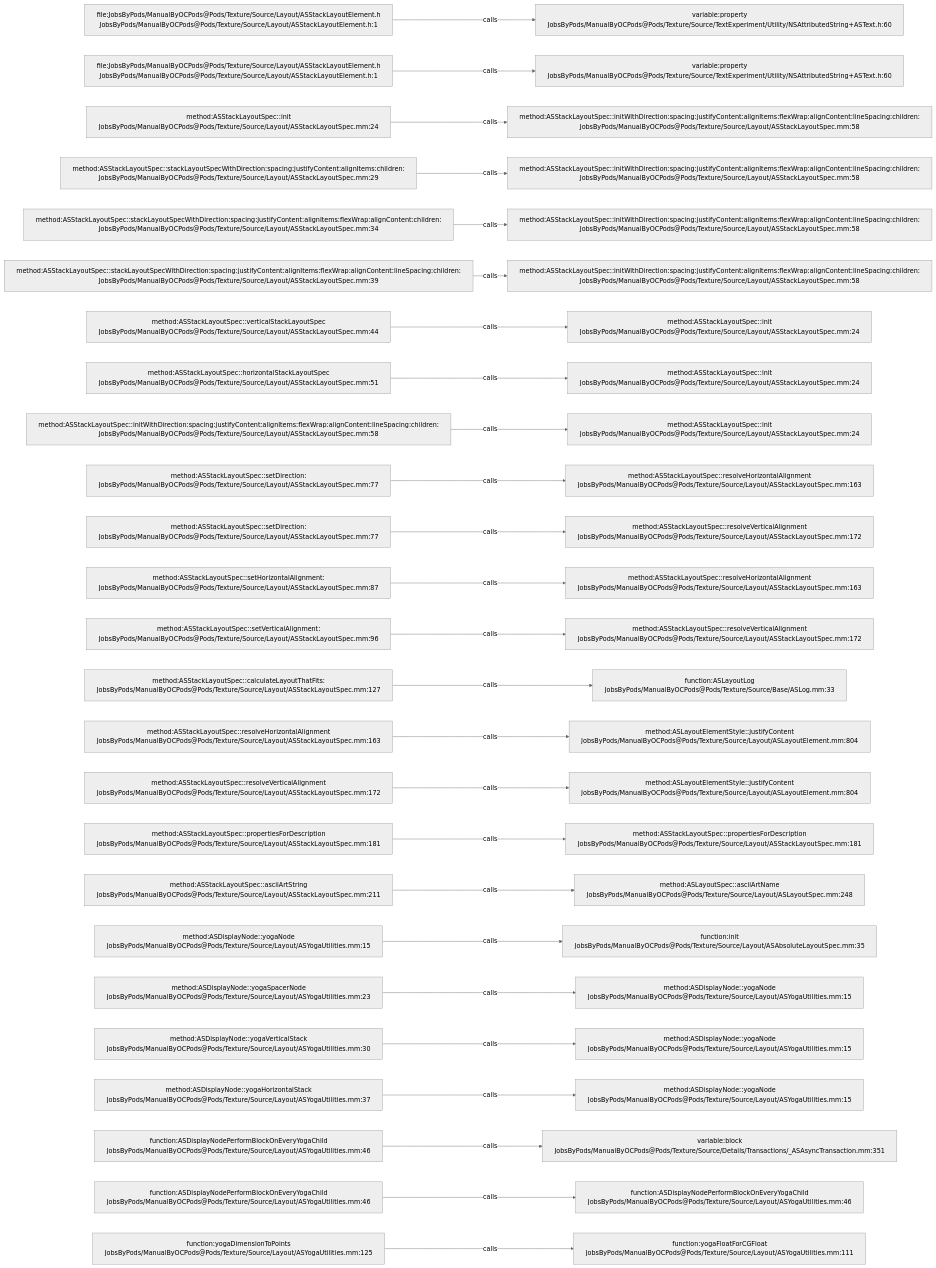
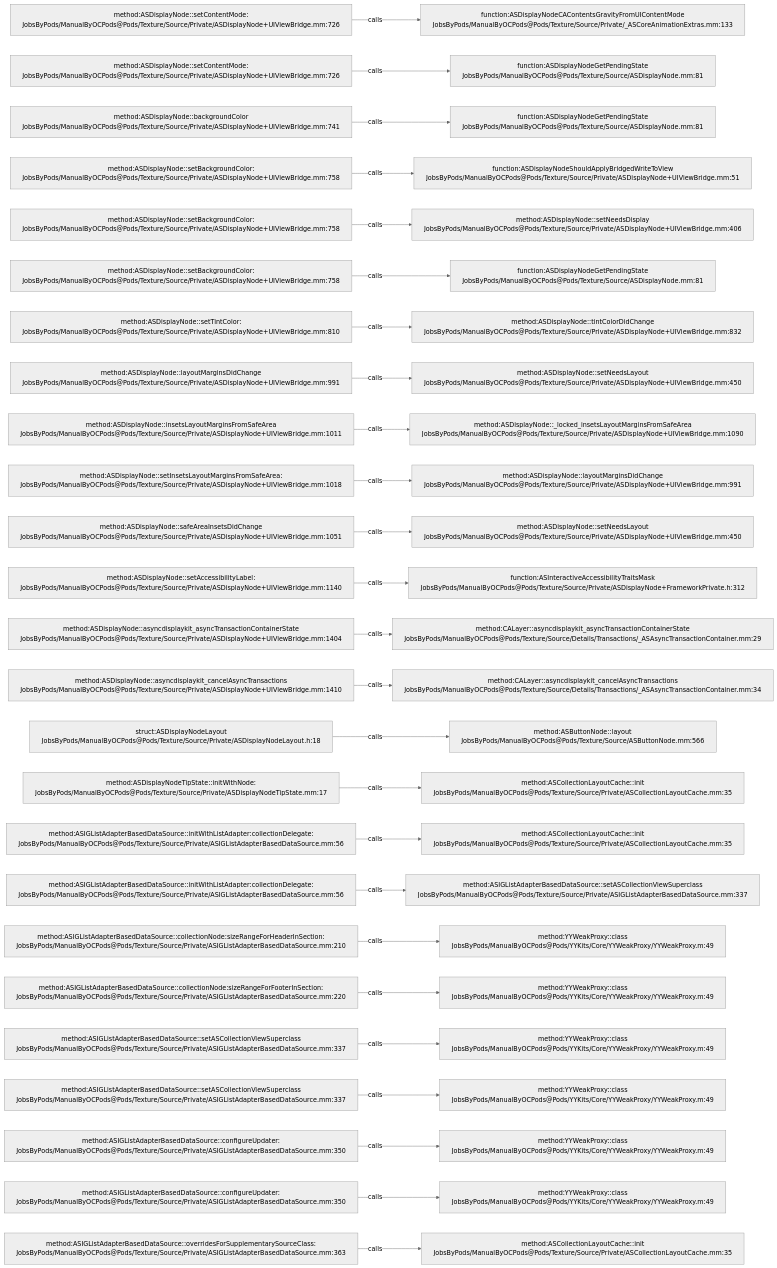
The diagram in .codegraph/codegraph.md/graphs/calls-191.md (JobsKits/JobsOCBaseConfigDemo), drawn with Mermaid (neutral theme) before and after one commit. The commit also changed 1223 other files, not shown here.

````diff
--- a/.codegraph/codegraph.md/graphs/calls-191.md
+++ b/.codegraph/codegraph.md/graphs/calls-191.md
@@ -13,78 +13,78 @@
 ```mermaid
 flowchart LR
-  S1["file:JobsByPods/ManualByOCPods@Pods/Texture/Source/Layout/ASStackLayoutElement.h<br/>JobsByPods/ManualByOCPods@Pods/Texture/Source/Layout/ASStackLayoutElement.h:1"]
-  T1["variable:property<br/>JobsByPods/ManualByOCPods@Pods/Texture/Source/TextExperiment/Utility/NSAttributedString+ASText.h:60"]
+  S1["method:ASDisplayNode::setContentMode:<br/>JobsByPods/ManualByOCPods@Pods/Texture/Source/Private/ASDisplayNode+UIViewBridge.mm:726"]
+  T1["function:ASDisplayNodeCAContentsGravityFromUIContentMode<br/>JobsByPods/ManualByOCPods@Pods/Texture/Source/Private/_ASCoreAnimationExtras.mm:133"]
   S1 -->|calls| T1
-  S2["file:JobsByPods/ManualByOCPods@Pods/Texture/Source/Layout/ASStackLayoutElement.h<br/>JobsByPods/ManualByOCPods@Pods/Texture/Source/Layout/ASStackLayoutElement.h:1"]
-  T2["variable:property<br/>JobsByPods/ManualByOCPods@Pods/Texture/Source/TextExperiment/Utility/NSAttributedString+ASText.h:60"]
+  S2["method:ASDisplayNode::setContentMode:<br/>JobsByPods/ManualByOCPods@Pods/Texture/Source/Private/ASDisplayNode+UIViewBridge.mm:726"]
+  T2["function:ASDisplayNodeGetPendingState<br/>JobsByPods/ManualByOCPods@Pods/Texture/Source/ASDisplayNode.mm:81"]
   S2 -->|calls| T2
-  S3["method:ASStackLayoutSpec::init<br/>JobsByPods/ManualByOCPods@Pods/Texture/Source/Layout/ASStackLayoutSpec.mm:24"]
-  T3["method:ASStackLayoutSpec::initWithDirection:spacing:justifyContent:alignItems:flexWrap:alignContent:lineSpacing:children:<br/>JobsByPods/ManualByOCPods@Pods/Texture/Source/Layout/ASStackLayoutSpec.mm:58"]
+  S3["method:ASDisplayNode::backgroundColor<br/>JobsByPods/ManualByOCPods@Pods/Texture/Source/Private/ASDisplayNode+UIViewBridge.mm:741"]
+  T3["function:ASDisplayNodeGetPendingState<br/>JobsByPods/ManualByOCPods@Pods/Texture/Source/ASDisplayNode.mm:81"]
   S3 -->|calls| T3
-  S4["method:ASStackLayoutSpec::stackLayoutSpecWithDirection:spacing:justifyContent:alignItems:children:<br/>JobsByPods/ManualByOCPods@Pods/Texture/Source/Layout/ASStackLayoutSpec.mm:29"]
-  T4["method:ASStackLayoutSpec::initWithDirection:spacing:justifyContent:alignItems:flexWrap:alignContent:lineSpacing:children:<br/>JobsByPods/ManualByOCPods@Pods/Texture/Source/Layout/ASStackLayoutSpec.mm:58"]
+  S4["method:ASDisplayNode::setBackgroundColor:<br/>JobsByPods/ManualByOCPods@Pods/Texture/Source/Private/ASDisplayNode+UIViewBridge.mm:758"]
+  T4["function:ASDisplayNodeShouldApplyBridgedWriteToView<br/>JobsByPods/ManualByOCPods@Pods/Texture/Source/Private/ASDisplayNode+UIViewBridge.mm:51"]
   S4 -->|calls| T4
-  S5["method:ASStackLayoutSpec::stackLayoutSpecWithDirection:spacing:justifyContent:alignItems:flexWrap:alignContent:children:<br/>JobsByPods/ManualByOCPods@Pods/Texture/Source/Layout/ASStackLayoutSpec.mm:34"]
-  T5["method:ASStackLayoutSpec::initWithDirection:spacing:justifyContent:alignItems:flexWrap:alignContent:lineSpacing:children:<br/>JobsByPods/ManualByOCPods@Pods/Texture/Source/Layout/ASStackLayoutSpec.mm:58"]
+  S5["method:ASDisplayNode::setBackgroundColor:<br/>JobsByPods/ManualByOCPods@Pods/Texture/Source/Private/ASDisplayNode+UIViewBridge.mm:758"]
+  T5["method:ASDisplayNode::setNeedsDisplay<br/>JobsByPods/ManualByOCPods@Pods/Texture/Source/Private/ASDisplayNode+UIViewBridge.mm:406"]
   S5 -->|calls| T5
-  S6["method:ASStackLayoutSpec::stackLayoutSpecWithDirection:spacing:justifyContent:alignItems:flexWrap:alignContent:lineSpacing:children:<br/>JobsByPods/ManualByOCPods@Pods/Texture/Source/Layout/ASStackLayoutSpec.mm:39"]
-  T6["method:ASStackLayoutSpec::initWithDirection:spacing:justifyContent:alignItems:flexWrap:alignContent:lineSpacing:children:<br/>JobsByPods/ManualByOCPods@Pods/Texture/Source/Layout/ASStackLayoutSpec.mm:58"]
+  S6["method:ASDisplayNode::setBackgroundColor:<br/>JobsByPods/ManualByOCPods@Pods/Texture/Source/Private/ASDisplayNode+UIViewBridge.mm:758"]
+  T6["function:ASDisplayNodeGetPendingState<br/>JobsByPods/ManualByOCPods@Pods/Texture/Source/ASDisplayNode.mm:81"]
   S6 -->|calls| T6
-  S7["method:ASStackLayoutSpec::verticalStackLayoutSpec<br/>JobsByPods/ManualByOCPods@Pods/Texture/Source/Layout/ASStackLayoutSpec.mm:44"]
-  T7["method:ASStackLayoutSpec::init<br/>JobsByPods/ManualByOCPods@Pods/Texture/Source/Layout/ASStackLayoutSpec.mm:24"]
+  S7["method:ASDisplayNode::setTintColor:<br/>JobsByPods/ManualByOCPods@Pods/Texture/Source/Private/ASDisplayNode+UIViewBridge.mm:810"]
+  T7["method:ASDisplayNode::tintColorDidChange<br/>JobsByPods/ManualByOCPods@Pods/Texture/Source/Private/ASDisplayNode+UIViewBridge.mm:832"]
   S7 -->|calls| T7
-  S8["method:ASStackLayoutSpec::horizontalStackLayoutSpec<br/>JobsByPods/ManualByOCPods@Pods/Texture/Source/Layout/ASStackLayoutSpec.mm:51"]
-  T8["method:ASStackLayoutSpec::init<br/>JobsByPods/ManualByOCPods@Pods/Texture/Source/Layout/ASStackLayoutSpec.mm:24"]
+  S8["method:ASDisplayNode::layoutMarginsDidChange<br/>JobsByPods/ManualByOCPods@Pods/Texture/Source/Private/ASDisplayNode+UIViewBridge.mm:991"]
+  T8["method:ASDisplayNode::setNeedsLayout<br/>JobsByPods/ManualByOCPods@Pods/Texture/Source/Private/ASDisplayNode+UIViewBridge.mm:450"]
   S8 -->|calls| T8
-  S9["method:ASStackLayoutSpec::initWithDirection:spacing:justifyContent:alignItems:flexWrap:alignContent:lineSpacing:children:<br/>JobsByPods/ManualByOCPods@Pods/Texture/Source/Layout/ASStackLayoutSpec.mm:58"]
-  T9["method:ASStackLayoutSpec::init<br/>JobsByPods/ManualByOCPods@Pods/Texture/Source/Layout/ASStackLayoutSpec.mm:24"]
+  S9["method:ASDisplayNode::insetsLayoutMarginsFromSafeArea<br/>JobsByPods/ManualByOCPods@Pods/Texture/Source/Private/ASDisplayNode+UIViewBridge.mm:1011"]
+  T9["method:ASDisplayNode::_locked_insetsLayoutMarginsFromSafeArea<br/>JobsByPods/ManualByOCPods@Pods/Texture/Source/Private/ASDisplayNode+UIViewBridge.mm:1090"]
   S9 -->|calls| T9
-  S10["method:ASStackLayoutSpec::setDirection:<br/>JobsByPods/ManualByOCPods@Pods/Texture/Source/Layout/ASStackLayoutSpec.mm:77"]
-  T10["method:ASStackLayoutSpec::resolveHorizontalAlignment<br/>JobsByPods/ManualByOCPods@Pods/Texture/Source/Layout/ASStackLayoutSpec.mm:163"]
+  S10["method:ASDisplayNode::setInsetsLayoutMarginsFromSafeArea:<br/>JobsByPods/ManualByOCPods@Pods/Texture/Source/Private/ASDisplayNode+UIViewBridge.mm:1018"]
+  T10["method:ASDisplayNode::layoutMarginsDidChange<br/>JobsByPods/ManualByOCPods@Pods/Texture/Source/Private/ASDisplayNode+UIViewBridge.mm:991"]
   S10 -->|calls| T10
-  S11["method:ASStackLayoutSpec::setDirection:<br/>JobsByPods/ManualByOCPods@Pods/Texture/Source/Layout/ASStackLayoutSpec.mm:77"]
-  T11["method:ASStackLayoutSpec::resolveVerticalAlignment<br/>JobsByPods/ManualByOCPods@Pods/Texture/Source/Layout/ASStackLayoutSpec.mm:172"]
+  S11["method:ASDisplayNode::safeAreaInsetsDidChange<br/>JobsByPods/ManualByOCPods@Pods/Texture/Source/Private/ASDisplayNode+UIViewBridge.mm:1051"]
+  T11["method:ASDisplayNode::setNeedsLayout<br/>JobsByPods/ManualByOCPods@Pods/Texture/Source/Private/ASDisplayNode+UIViewBridge.mm:450"]
   S11 -->|calls| T11
-  S12["method:ASStackLayoutSpec::setHorizontalAlignment:<br/>JobsByPods/ManualByOCPods@Pods/Texture/Source/Layout/ASStackLayoutSpec.mm:87"]
-  T12["method:ASStackLayoutSpec::resolveHorizontalAlignment<br/>JobsByPods/ManualByOCPods@Pods/Texture/Source/Layout/ASStackLayoutSpec.mm:163"]
+  S12["method:ASDisplayNode::setAccessibilityLabel:<br/>JobsByPods/ManualByOCPods@Pods/Texture/Source/Private/ASDisplayNode+UIViewBridge.mm:1140"]
+  T12["function:ASInteractiveAccessibilityTraitsMask<br/>JobsByPods/ManualByOCPods@Pods/Texture/Source/Private/ASDisplayNode+FrameworkPrivate.h:312"]
   S12 -->|calls| T12
-  S13["method:ASStackLayoutSpec::setVerticalAlignment:<br/>JobsByPods/ManualByOCPods@Pods/Texture/Source/Layout/ASStackLayoutSpec.mm:96"]
-  T13["method:ASStackLayoutSpec::resolveVerticalAlignment<br/>JobsByPods/ManualByOCPods@Pods/Texture/Source/Layout/ASStackLayoutSpec.mm:172"]
+  S13["method:ASDisplayNode::asyncdisplaykit_asyncTransactionContainerState<br/>JobsByPods/ManualByOCPods@Pods/Texture/Source/Private/ASDisplayNode+UIViewBridge.mm:1404"]
+  T13["method:CALayer::asyncdisplaykit_asyncTransactionContainerState<br/>JobsByPods/ManualByOCPods@Pods/Texture/Source/Details/Transactions/_ASAsyncTransactionContainer.mm:29"]
   S13 -->|calls| T13
-  S14["method:ASStackLayoutSpec::calculateLayoutThatFits:<br/>JobsByPods/ManualByOCPods@Pods/Texture/Source/Layout/ASStackLayoutSpec.mm:127"]
-  T14["function:ASLayoutLog<br/>JobsByPods/ManualByOCPods@Pods/Texture/Source/Base/ASLog.mm:33"]
+  S14["method:ASDisplayNode::asyncdisplaykit_cancelAsyncTransactions<br/>JobsByPods/ManualByOCPods@Pods/Texture/Source/Private/ASDisplayNode+UIViewBridge.mm:1410"]
+  T14["method:CALayer::asyncdisplaykit_cancelAsyncTransactions<br/>JobsByPods/ManualByOCPods@Pods/Texture/Source/Details/Transactions/_ASAsyncTransactionContainer.mm:34"]
   S14 -->|calls| T14
-  S15["method:ASStackLayoutSpec::resolveHorizontalAlignment<br/>JobsByPods/ManualByOCPods@Pods/Texture/Source/Layout/ASStackLayoutSpec.mm:163"]
-  T15["method:ASLayoutElementStyle::justifyContent<br/>JobsByPods/ManualByOCPods@Pods/Texture/Source/Layout/ASLayoutElement.mm:804"]
+  S15["struct:ASDisplayNodeLayout<br/>JobsByPods/ManualByOCPods@Pods/Texture/Source/Private/ASDisplayNodeLayout.h:18"]
+  T15["method:ASButtonNode::layout<br/>JobsByPods/ManualByOCPods@Pods/Texture/Source/ASButtonNode.mm:566"]
   S15 -->|calls| T15
-  S16["method:ASStackLayoutSpec::resolveVerticalAlignment<br/>JobsByPods/ManualByOCPods@Pods/Texture/Source/Layout/ASStackLayoutSpec.mm:172"]
-  T16["method:ASLayoutElementStyle::justifyContent<br/>JobsByPods/ManualByOCPods@Pods/Texture/Source/Layout/ASLayoutElement.mm:804"]
+  S16["method:ASDisplayNodeTipState::initWithNode:<br/>JobsByPods/ManualByOCPods@Pods/Texture/Source/Private/ASDisplayNodeTipState.mm:17"]
+  T16["method:ASCollectionLayoutCache::init<br/>JobsByPods/ManualByOCPods@Pods/Texture/Source/Private/ASCollectionLayoutCache.mm:35"]
   S16 -->|calls| T16
-  S17["method:ASStackLayoutSpec::propertiesForDescription<br/>JobsByPods/ManualByOCPods@Pods/Texture/Source/Layout/ASStackLayoutSpec.mm:181"]
-  T17["method:ASStackLayoutSpec::propertiesForDescription<br/>JobsByPods/ManualByOCPods@Pods/Texture/Source/Layout/ASStackLayoutSpec.mm:181"]
+  S17["method:ASIGListAdapterBasedDataSource::initWithListAdapter:collectionDelegate:<br/>JobsByPods/ManualByOCPods@Pods/Texture/Source/Private/ASIGListAdapterBasedDataSource.mm:56"]
+  T17["method:ASCollectionLayoutCache::init<br/>JobsByPods/ManualByOCPods@Pods/Texture/Source/Private/ASCollectionLayoutCache.mm:35"]
   S17 -->|calls| T17
-  S18["method:ASStackLayoutSpec::asciiArtString<br/>JobsByPods/ManualByOCPods@Pods/Texture/Source/Layout/ASStackLayoutSpec.mm:211"]
-  T18["method:ASLayoutSpec::asciiArtName<br/>JobsByPods/ManualByOCPods@Pods/Texture/Source/Layout/ASLayoutSpec.mm:248"]
+  S18["method:ASIGListAdapterBasedDataSource::initWithListAdapter:collectionDelegate:<br/>JobsByPods/ManualByOCPods@Pods/Texture/Source/Private/ASIGListAdapterBasedDataSource.mm:56"]
+  T18["method:ASIGListAdapterBasedDataSource::setASCollectionViewSuperclass<br/>JobsByPods/ManualByOCPods@Pods/Texture/Source/Private/ASIGListAdapterBasedDataSource.mm:337"]
   S18 -->|calls| T18
-  S19["method:ASDisplayNode::yogaNode<br/>JobsByPods/ManualByOCPods@Pods/Texture/Source/Layout/ASYogaUtilities.mm:15"]
-  T19["function:init<br/>JobsByPods/ManualByOCPods@Pods/Texture/Source/Layout/ASAbsoluteLayoutSpec.mm:35"]
+  S19["method:ASIGListAdapterBasedDataSource::collectionNode:sizeRangeForHeaderInSection:<br/>JobsByPods/ManualByOCPods@Pods/Texture/Source/Private/ASIGListAdapterBasedDataSource.mm:210"]
+  T19["method:YYWeakProxy::class<br/>JobsByPods/ManualByOCPods@Pods/YYKits/Core/YYWeakProxy/YYWeakProxy.m:49"]
   S19 -->|calls| T19
-  S20["method:ASDisplayNode::yogaSpacerNode<br/>JobsByPods/ManualByOCPods@Pods/Texture/Source/Layout/ASYogaUtilities.mm:23"]
-  T20["method:ASDisplayNode::yogaNode<br/>JobsByPods/ManualByOCPods@Pods/Texture/Source/Layout/ASYogaUtilities.mm:15"]
+  S20["method:ASIGListAdapterBasedDataSource::collectionNode:sizeRangeForFooterInSection:<br/>JobsByPods/ManualByOCPods@Pods/Texture/Source/Private/ASIGListAdapterBasedDataSource.mm:220"]
+  T20["method:YYWeakProxy::class<br/>JobsByPods/ManualByOCPods@Pods/YYKits/Core/YYWeakProxy/YYWeakProxy.m:49"]
   S20 -->|calls| T20
-  S21["method:ASDisplayNode::yogaVerticalStack<br/>JobsByPods/ManualByOCPods@Pods/Texture/Source/Layout/ASYogaUtilities.mm:30"]
-  T21["method:ASDisplayNode::yogaNode<br/>JobsByPods/ManualByOCPods@Pods/Texture/Source/Layout/ASYogaUtilities.mm:15"]
+  S21["method:ASIGListAdapterBasedDataSource::setASCollectionViewSuperclass<br/>JobsByPods/ManualByOCPods@Pods/Texture/Source/Private/ASIGListAdapterBasedDataSource.mm:337"]
+  T21["method:YYWeakProxy::class<br/>JobsByPods/ManualByOCPods@Pods/YYKits/Core/YYWeakProxy/YYWeakProxy.m:49"]
   S21 -->|calls| T21
-  S22["method:ASDisplayNode::yogaHorizontalStack<br/>JobsByPods/ManualByOCPods@Pods/Texture/Source/Layout/ASYogaUtilities.mm:37"]
-  T22["method:ASDisplayNode::yogaNode<br/>JobsByPods/ManualByOCPods@Pods/Texture/Source/Layout/ASYogaUtilities.mm:15"]
+  S22["method:ASIGListAdapterBasedDataSource::setASCollectionViewSuperclass<br/>JobsByPods/ManualByOCPods@Pods/Texture/Source/Private/ASIGListAdapterBasedDataSource.mm:337"]
+  T22["method:YYWeakProxy::class<br/>JobsByPods/ManualByOCPods@Pods/YYKits/Core/YYWeakProxy/YYWeakProxy.m:49"]
   S22 -->|calls| T22
-  S23["function:ASDisplayNodePerformBlockOnEveryYogaChild<br/>JobsByPods/ManualByOCPods@Pods/Texture/Source/Layout/ASYogaUtilities.mm:46"]
-  T23["variable:block<br/>JobsByPods/ManualByOCPods@Pods/Texture/Source/Details/Transactions/_ASAsyncTransaction.mm:351"]
+  S23["method:ASIGListAdapterBasedDataSource::configureUpdater:<br/>JobsByPods/ManualByOCPods@Pods/Texture/Source/Private/ASIGListAdapterBasedDataSource.mm:350"]
+  T23["method:YYWeakProxy::class<br/>JobsByPods/ManualByOCPods@Pods/YYKits/Core/YYWeakProxy/YYWeakProxy.m:49"]
   S23 -->|calls| T23
-  S24["function:ASDisplayNodePerformBlockOnEveryYogaChild<br/>JobsByPods/ManualByOCPods@Pods/Texture/Source/Layout/ASYogaUtilities.mm:46"]
-  T24["function:ASDisplayNodePerformBlockOnEveryYogaChild<br/>JobsByPods/ManualByOCPods@Pods/Texture/Source/Layout/ASYogaUtilities.mm:46"]
+  S24["method:ASIGListAdapterBasedDataSource::configureUpdater:<br/>JobsByPods/ManualByOCPods@Pods/Texture/Source/Private/ASIGListAdapterBasedDataSource.mm:350"]
+  T24["method:YYWeakProxy::class<br/>JobsByPods/ManualByOCPods@Pods/YYKits/Core/YYWeakProxy/YYWeakProxy.m:49"]
   S24 -->|calls| T24
-  S25["function:yogaDimensionToPoints<br/>JobsByPods/ManualByOCPods@Pods/Texture/Source/Layout/ASYogaUtilities.mm:125"]
-  T25["function:yogaFloatForCGFloat<br/>JobsByPods/ManualByOCPods@Pods/Texture/Source/Layout/ASYogaUtilities.mm:111"]
+  S25["method:ASIGListAdapterBasedDataSource::overridesForSupplementarySourceClass:<br/>JobsByPods/ManualByOCPods@Pods/Texture/Source/Private/ASIGListAdapterBasedDataSource.mm:363"]
+  T25["method:ASCollectionLayoutCache::init<br/>JobsByPods/ManualByOCPods@Pods/Texture/Source/Private/ASCollectionLayoutCache.mm:35"]
   S25 -->|calls| T25
 ```
````
